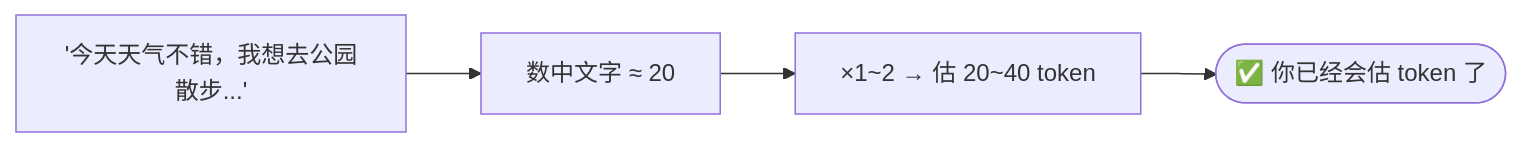
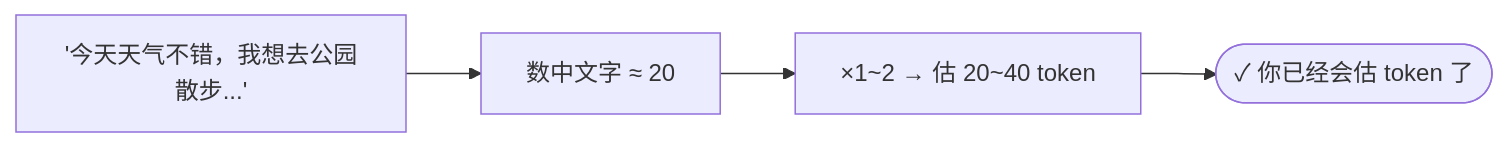
One commit to luckykhy/KhyAiHub changed the fifth of 6 diagrams in docs/02_CONCEPTS_概念入门/CONCEPT/[CONCEPT-08] 什么是Context与Token-上下文与令牌.md. Above: the diagram before and after it, drawn with Mermaid. The commit also changed other lines of this file and 19 other files, not shown here.

````diff
--- a/docs/02_CONCEPTS_概念入门/CONCEPT/[CONCEPT-08] 什么是Context与Token-上下文与令牌.md
+++ b/docs/02_CONCEPTS_概念入门/CONCEPT/[CONCEPT-08] 什么是Context与Token-上下文与令牌.md
@@ -234,6 +234,6 @@
 ```mermaid
 flowchart LR
   S["'今天天气不错，我想去公园散步...'"] --> C["数中文字 ≈ 20"]
   C --> E["×1~2 → 估 20~40 token"]
-  E --> R(["✅ 你已经会估 token 了"])
+  E --> R(["✓ 你已经会估 token 了"])
 ```
````
